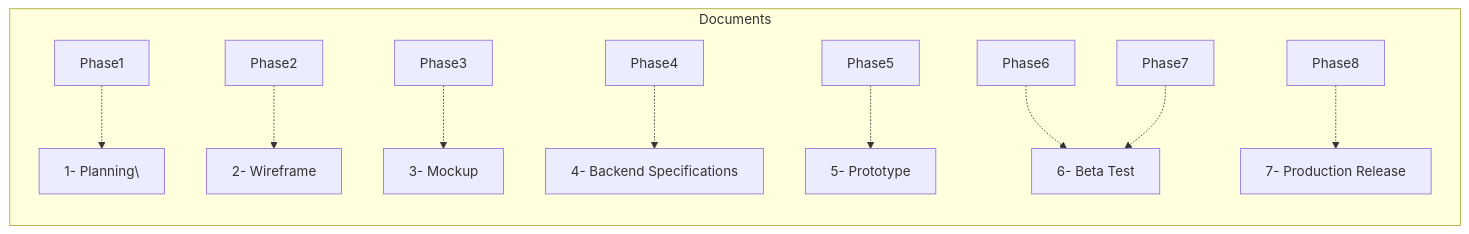
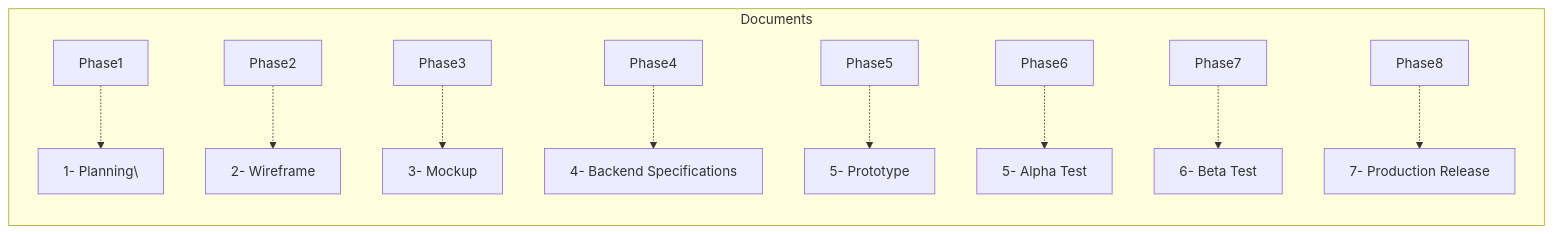
The second of 2 diagrams in Phases/FF-overview.md (Mharbulous/Front-First-Method), drawn with Mermaid before and after one commit.

````diff
--- a/Phases/FF-overview.md
+++ b/Phases/FF-overview.md
@@ -31,13 +31,13 @@
 ```mermaid
 graph LR
       subgraph Files["Documents"]
         Phase1 -.-> PRD["1- Planning\"]
         Phase2 -.-> Wireframe["2- Wireframe"]
         Phase3 -.-> Mockup["3- Mockup"]
         Phase4 -.-> Specs["4- Backend Specifications"]
         Phase5 -.-> Prototype["5- Prototype"]
         Phase6 -.-> Alpha["5- Alpha Test"]
-        Phase7 -.-> Alpha["6- Beta Test"]
+        Phase7 -.-> Beta["6- Beta Test"]
         Phase8 -.-> Production["7- Production Release"]
     end
 ```
````
